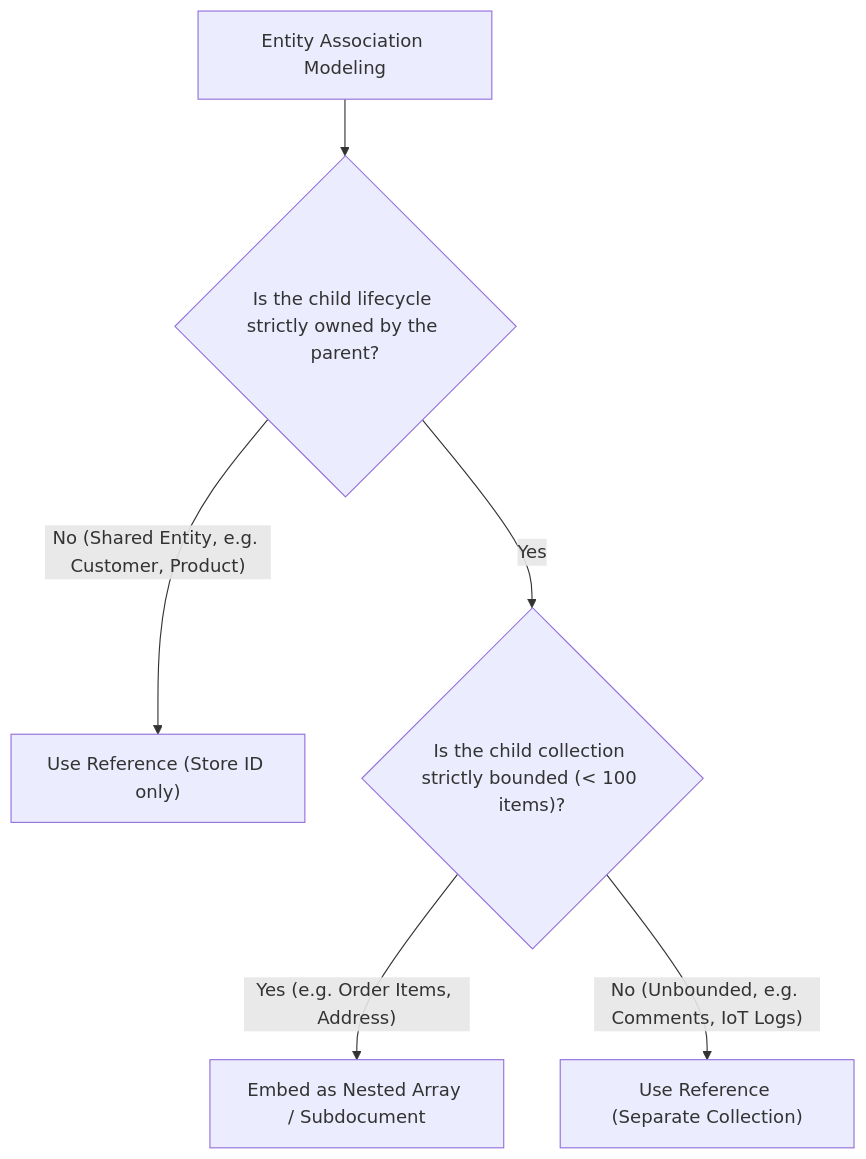
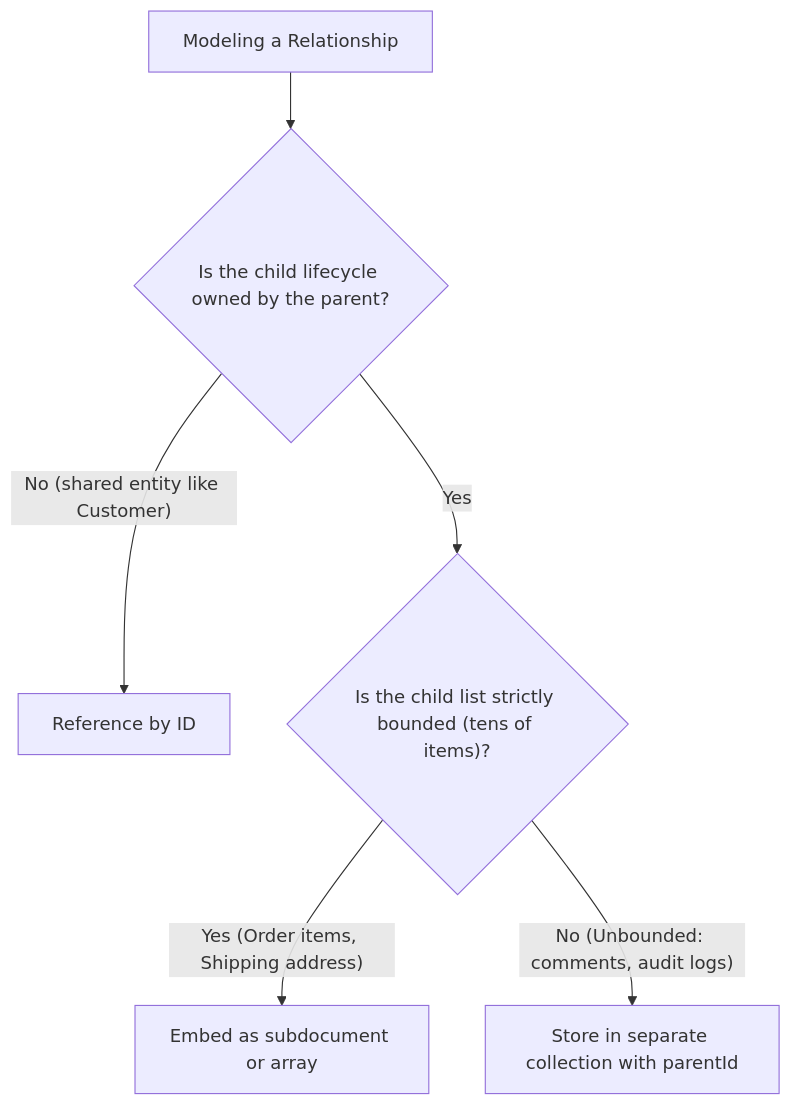
Before and after one commit to ravishankar2463/java_hub: the third of 4 diagrams in content/roadmap/level-7/nosql-databases.md, drawn with Mermaid. The commit also changed other lines of this file and 119 other files, not shown here.

Commit message:
feat: add comprehensive java learning roadmap content across multiple levels

````diff
--- a/content/roadmap/level-7/nosql-databases.md
+++ b/content/roadmap/level-7/nosql-databases.md
@@ -110,10 +113,8 @@
 ```mermaid
 flowchart TD
-    Decision["Entity Association Modeling"] --> Q1{"Is the child lifecycle strictly owned by the parent?"}
-    
-    Q1 -->|"No (Shared Entity, e.g. Customer, Product)"| Ref["Use Reference (Store ID only)"]
-    Q1 -->|"Yes"| Q2{"Is the child collection strictly bounded (< 100 items)?"}
-    
-    Q2 -->|"Yes (e.g. Order Items, Address)"| Embed["Embed as Nested Array / Subdocument"]
-    Q2 -->|"No (Unbounded, e.g. Comments, IoT Logs)"| Ref2["Use Reference (Separate Collection)"]
+    Start["Modeling a Relationship"] --> Q1{"Is the child lifecycle owned by the parent?"}
+    Q1 -->|"No (shared entity like Customer)"| Ref1["Reference by ID"]
+    Q1 -->|"Yes"| Q2{"Is the child list strictly bounded (tens of items)?"}
+    Q2 -->|"Yes (Order items, Shipping address)"| Embed["Embed as subdocument or array"]
+    Q2 -->|"No (Unbounded: comments, audit logs)"| Ref2["Store in separate collection with parentId"]
 ```
````
